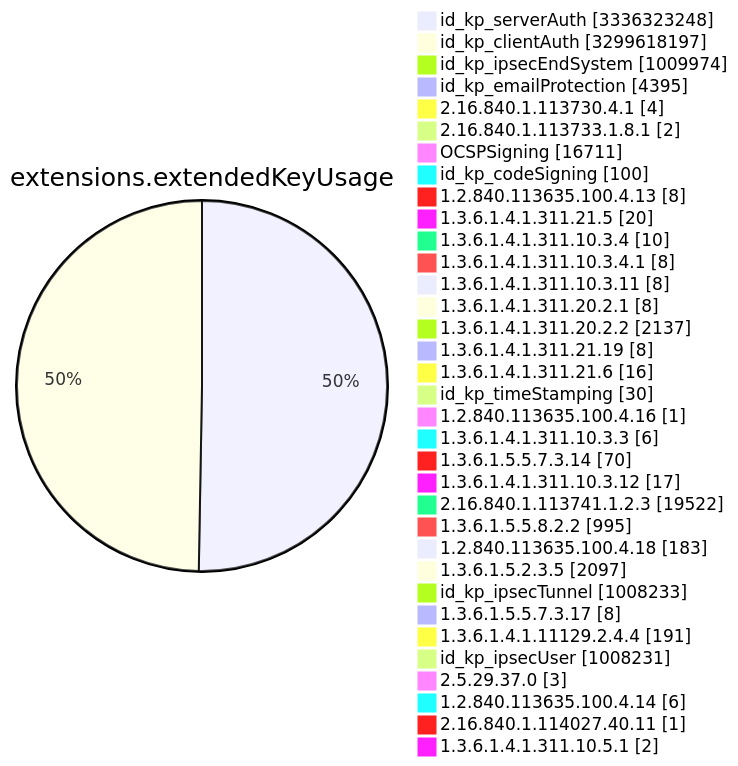
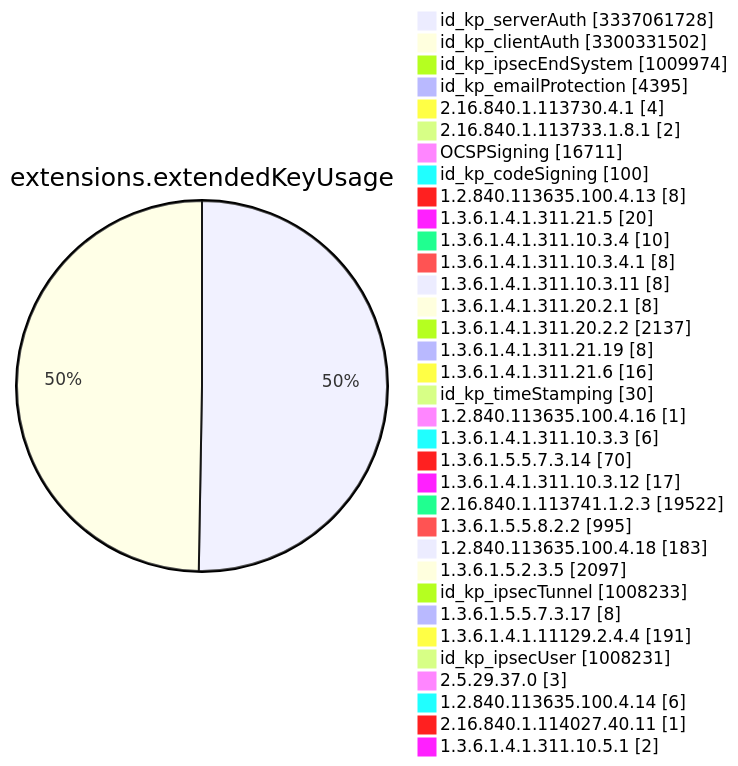
Diagram 11 of 15 in TOTAL/README.md (christiankrug/ctmonitor_visualization), drawn with Mermaid before and after one commit. The commit also changed other lines of this file, not shown here.

````diff
--- a/TOTAL/README.md
+++ b/TOTAL/README.md
@@ -4120,38 +4120,38 @@
 ```mermaid
 pie showData
 title extensions.extendedKeyUsage
-"id_kp_serverAuth" :3336323248
-"id_kp_clientAuth" :3299618197
+"id_kp_serverAuth" :3337061728
+"id_kp_clientAuth" :3300331502
 "id_kp_ipsecEndSystem" :1009974
 "id_kp_emailProtection" :4395
 "2.16.840.1.113730.4.1" :4
 "2.16.840.1.113733.1.8.1" :2
 "OCSPSigning" :16711
 "id_kp_codeSigning" :100
 "1.2.840.113635.100.4.13" :8
 "1.3.6.1.4.1.311.21.5" :20
 "1.3.6.1.4.1.311.10.3.4" :10
 "1.3.6.1.4.1.311.10.3.4.1" :8
 "1.3.6.1.4.1.311.10.3.11" :8
 "1.3.6.1.4.1.311.20.2.1" :8
 "1.3.6.1.4.1.311.20.2.2" :2137
 "1.3.6.1.4.1.311.21.19" :8
 "1.3.6.1.4.1.311.21.6" :16
 "id_kp_timeStamping" :30
 "1.2.840.113635.100.4.16" :1
 "1.3.6.1.4.1.311.10.3.3" :6
 "1.3.6.1.5.5.7.3.14" :70
 "1.3.6.1.4.1.311.10.3.12" :17
 "2.16.840.1.113741.1.2.3" :19522
 "1.3.6.1.5.5.8.2.2" :995
 "1.2.840.113635.100.4.18" :183
 "1.3.6.1.5.2.3.5" :2097
 "id_kp_ipsecTunnel" :1008233
 "1.3.6.1.5.5.7.3.17" :8
 "1.3.6.1.4.1.11129.2.4.4" :191
 "id_kp_ipsecUser" :1008231
 "2.5.29.37.0" :3
 "1.2.840.113635.100.4.14" :6
 "2.16.840.1.114027.40.11" :1
 "1.3.6.1.4.1.311.10.5.1" :2
 ```
````
